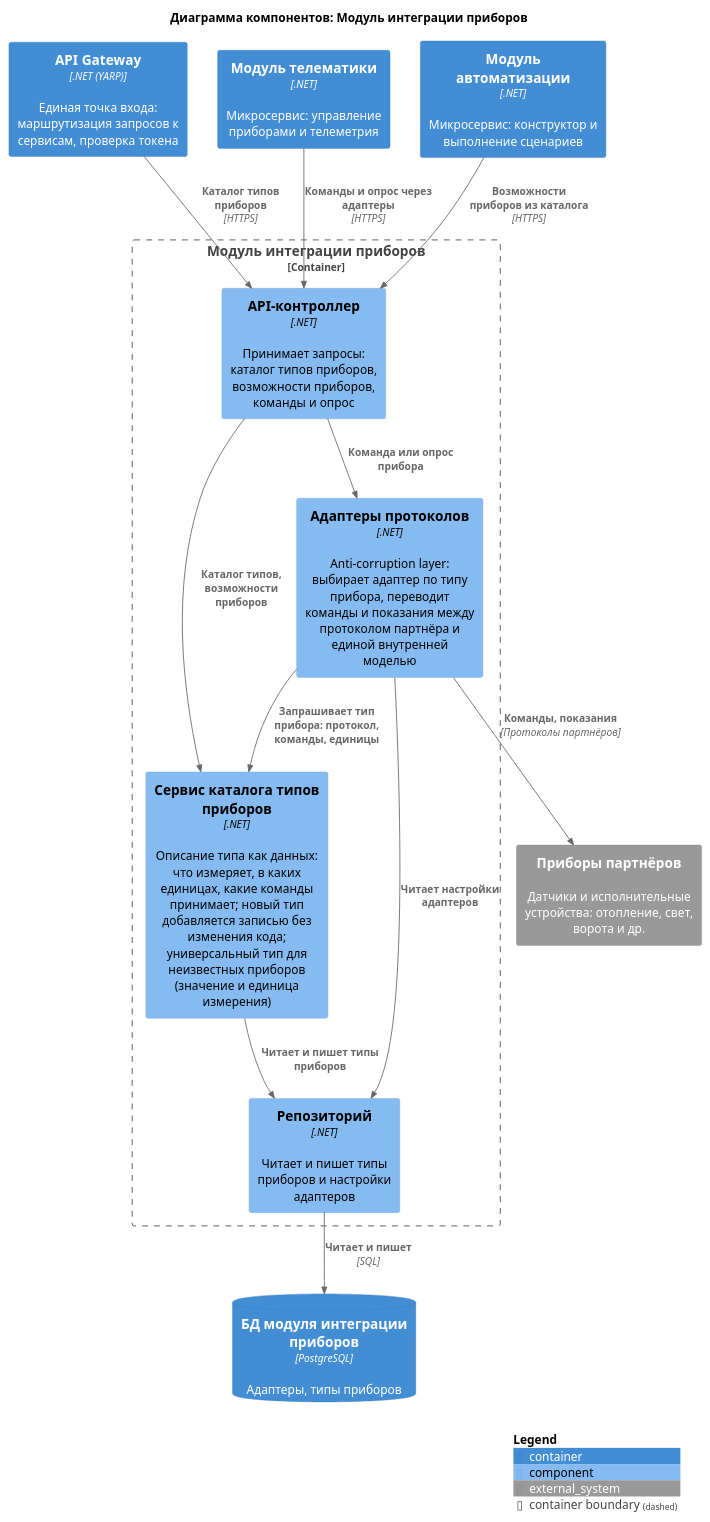
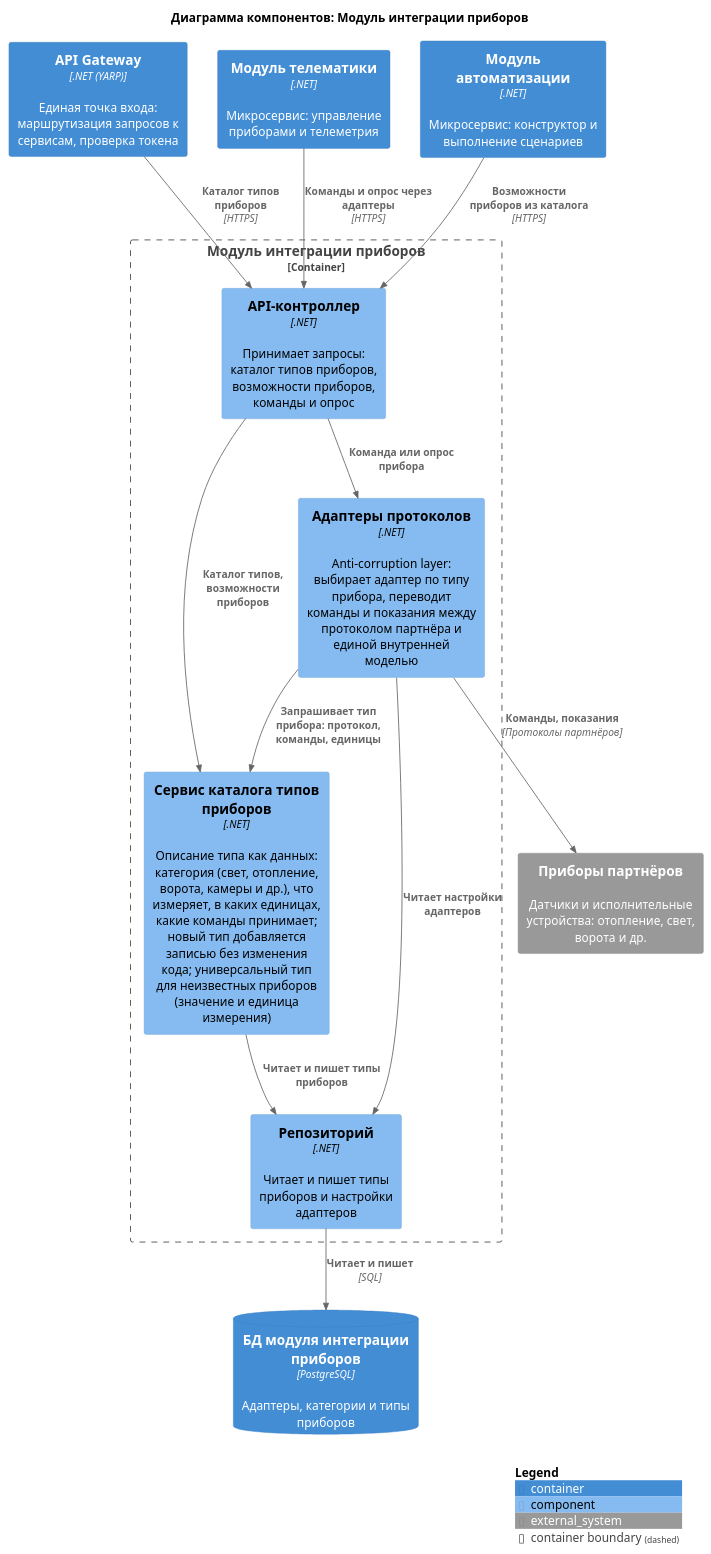
The diagram in diagrams/components/device-integration.puml (Lyamin-av/architecture-warmhouse), drawn with PlantUML before and after one commit. The commit also changed 16 other files, not shown here.

Commit message:
Согласование с ER: событие «дом создан» (Конфигурация дома → Пользователи), Администратор — служебная роль в доме, права в зоне по категории приборов, категории в Интеграции

```diff
--- a/diagrams/components/device-integration.puml
+++ b/diagrams/components/device-integration.puml
@@ -1,33 +1,33 @@
 @startuml device-integration
 !include <C4/C4_Component>
 
 title Диаграмма компонентов: Модуль интеграции приборов
 
 Container(Gateway, "API Gateway", ".NET (YARP)", "Единая точка входа: маршрутизация запросов к сервисам, проверка токена")
 Container(Telematics, "Модуль телематики", ".NET", "Микросервис: управление приборами и телеметрия")
 Container(Automation, "Модуль автоматизации", ".NET", "Микросервис: конструктор и выполнение сценариев")
 System_Ext(devices, "Приборы партнёров", "Датчики и исполнительные устройства: отопление, свет, ворота и др.")
-ContainerDb(dbDIS, "БД модуля интеграции приборов", "PostgreSQL", "Адаптеры, типы приборов")
+ContainerDb(dbDIS, "БД модуля интеграции приборов", "PostgreSQL", "Адаптеры, категории и типы приборов")
 
 Container_Boundary(DeviceIntegration, "Модуль интеграции приборов") {
     Component(api, "API-контроллер", ".NET", "Принимает запросы: каталог типов приборов, возможности приборов, команды и опрос")
-    Component(catalog, "Сервис каталога типов приборов", ".NET", "Описание типа как данных: что измеряет, в каких единицах, какие команды принимает; новый тип добавляется записью без изменения кода; универсальный тип для неизвестных приборов (значение и единица измерения)")
+    Component(catalog, "Сервис каталога типов приборов", ".NET", "Описание типа как данных: категория (свет, отопление, ворота, камеры и др.), что измеряет, в каких единицах, какие команды принимает; новый тип добавляется записью без изменения кода; универсальный тип для неизвестных приборов (значение и единица измерения)")
     Component(adapters, "Адаптеры протоколов", ".NET", "Anti-corruption layer: выбирает адаптер по типу прибора, переводит команды и показания между протоколом партнёра и единой внутренней моделью")
     Component(repo, "Репозиторий", ".NET", "Читает и пишет типы приборов и настройки адаптеров")
 }
 
 Rel(Gateway, api, "Каталог типов приборов", "HTTPS")
 Rel(Telematics, api, "Команды и опрос через адаптеры", "HTTPS")
 Rel(Automation, api, "Возможности приборов из каталога", "HTTPS")
 
 Rel(api, catalog, "Каталог типов, возможности приборов")
 Rel(api, adapters, "Команда или опрос прибора")
 Rel(adapters, catalog, "Запрашивает тип прибора: протокол, команды, единицы")
 Rel(adapters, devices, "Команды, показания", "Протоколы партнёров")
 
 Rel(catalog, repo, "Читает и пишет типы приборов")
 Rel(adapters, repo, "Читает настройки адаптеров")
 Rel(repo, dbDIS, "Читает и пишет", "SQL")
 
 SHOW_LEGEND()
 @enduml
```
